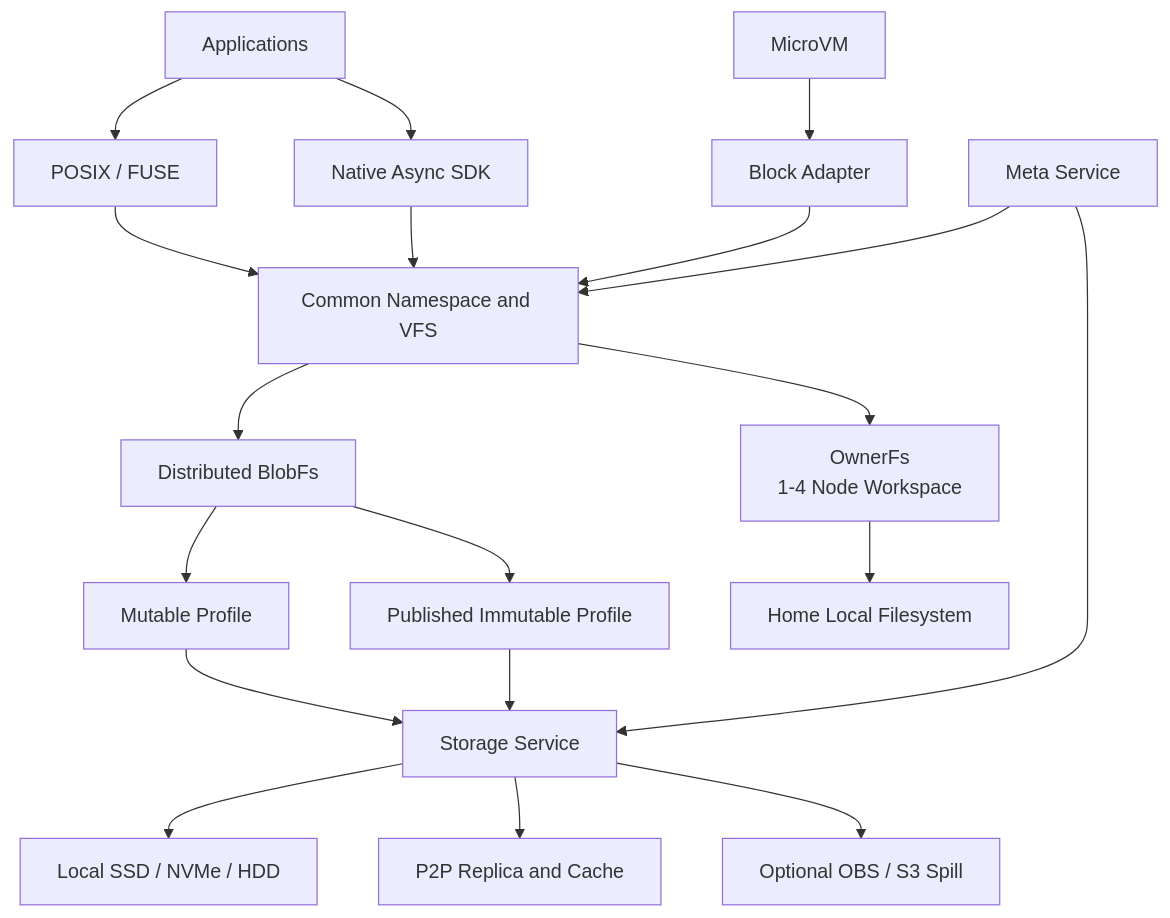
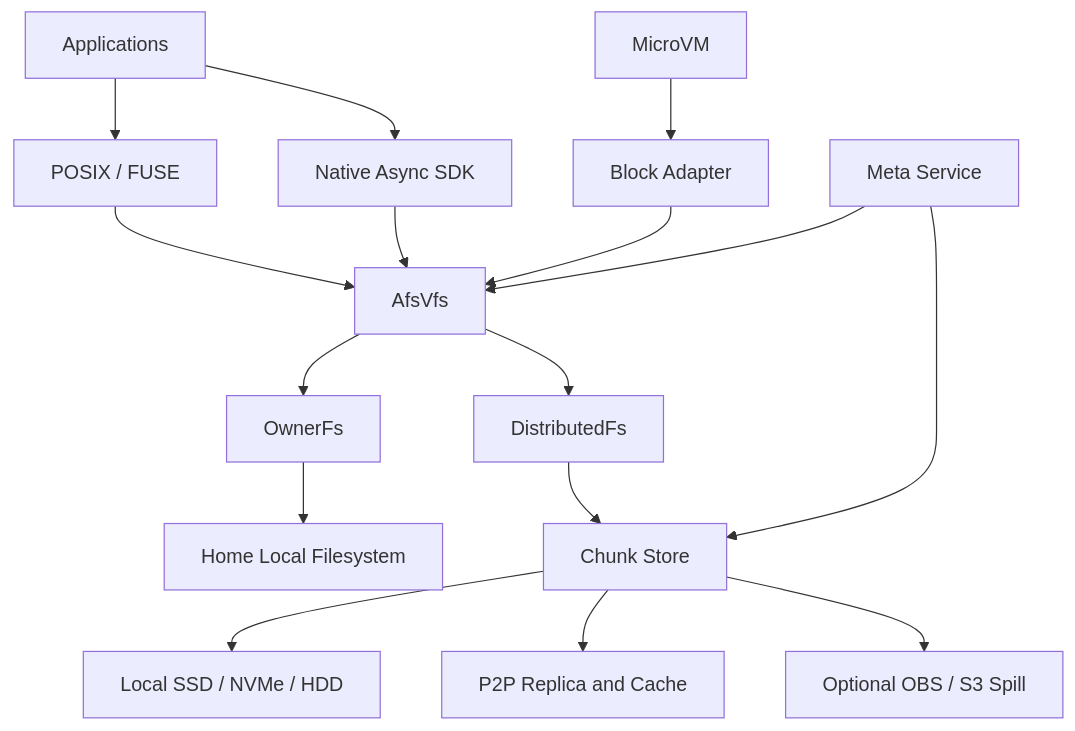
The diagram in README.md (lelezi257/dms), drawn with Mermaid before and after one commit. The commit also changed other lines of this file and 25 other files, not shown here.

First line of the commit message:
Make the distributed file contract implementable without a second blob model

````diff
--- a/README.md
+++ b/README.md
@@ -22,21 +19,18 @@
 ```mermaid
 flowchart TB
     App[Applications] --> POSIX[POSIX / FUSE]
     App --> SDK[Native Async SDK]
     VM[MicroVM] --> Block[Block Adapter]
-    POSIX --> VFS[Common Namespace and VFS]
+    POSIX --> VFS[AfsVfs]
     SDK --> VFS
     Block --> VFS
-    VFS --> Owner[OwnerFs<br/>1-4 Node Workspace]
-    VFS --> Blob[Distributed BlobFs]
-    Blob --> Mutable[Mutable Profile]
-    Blob --> Immutable[Published Immutable Profile]
-    Mutable --> Storage[Storage Service]
-    Immutable --> Storage
-    Owner --> Local[Home Local Filesystem]
+    VFS --> Owner[OwnerFs]
+    VFS --> DFS[DistributedFs]
+    Owner --> Home[Home Local Filesystem]
+    DFS --> Storage[Chunk Store]
     Storage --> Disks[Local SSD / NVMe / HDD]
     Storage --> P2P[P2P Replica and Cache]
     Storage --> Object[Optional OBS / S3 Spill]
     Meta[Meta Service] --> VFS
     Meta --> Storage
 ```
````
